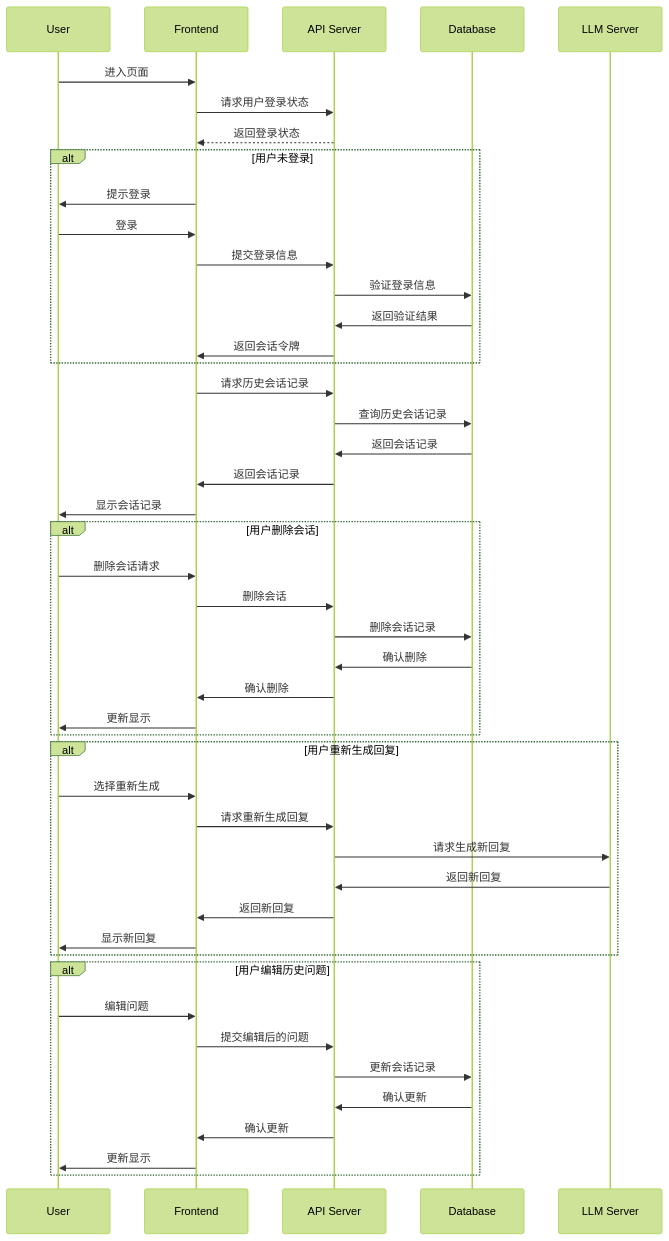
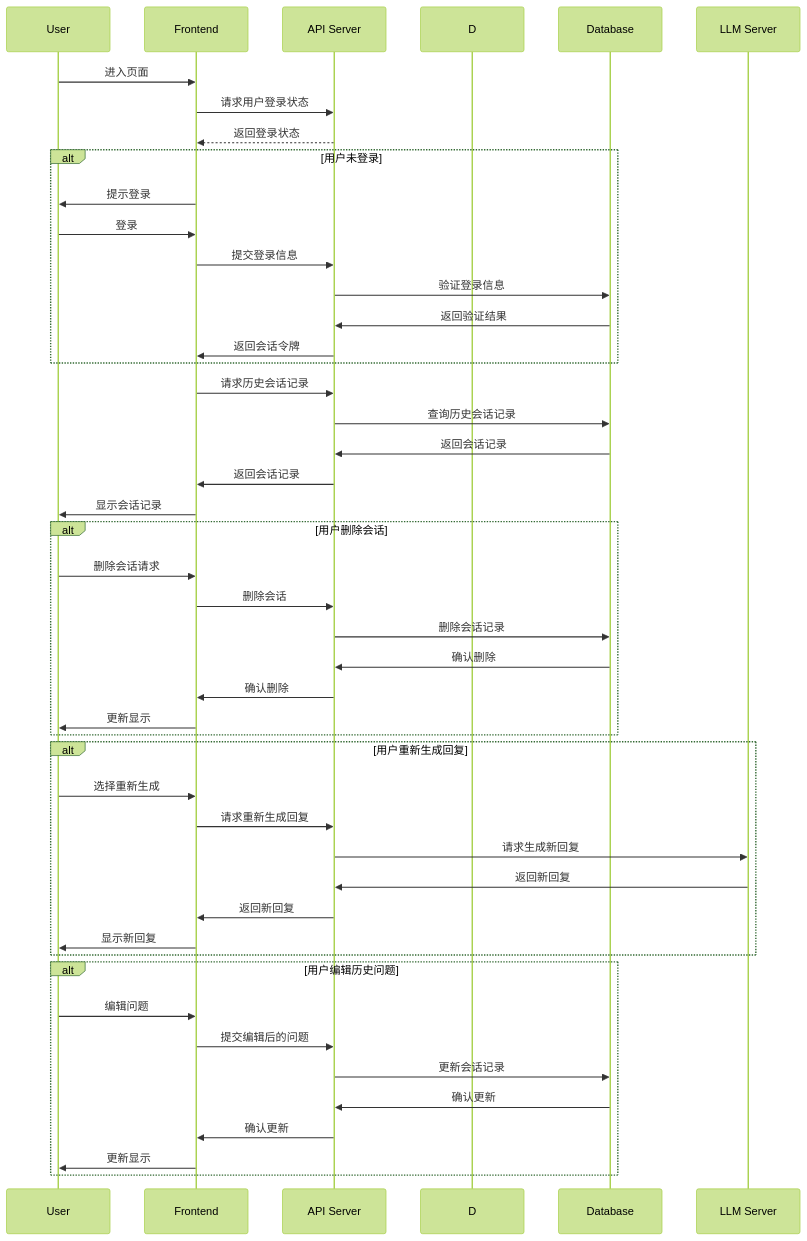
One commit to yingjianzh/iodraw-files changed the diagram in all/未命名-7.md. Above: the diagram before and after it, drawn with Mermaid (forest theme).

Commit message:
2024-10-08 16:49:08 update

````diff
--- a/all/未命名-7.md
+++ b/all/未命名-7.md
@@ -1,53 +1,53 @@
 ```mermaid
 sequenceDiagram
     participant User
     participant Frontend
     participant API Server
-    participant Database
+    participant D
 
     User->>Frontend: 进入页面
     Frontend->>API Server: 请求用户登录状态
     API Server-->>Frontend: 返回登录状态
     alt 用户未登录
         Frontend->>User: 提示登录
         User->>Frontend: 登录
         Frontend->>API Server: 提交登录信息
         API Server->>Database: 验证登录信息
         Database->>API Server: 返回验证结果
         API Server->>Frontend: 返回会话令牌
     end
 
     Frontend->>API Server: 请求历史会话记录
     API Server->>Database: 查询历史会话记录
     Database->>API Server: 返回会话记录
     API Server->>Frontend: 返回会话记录
     Frontend->>User: 显示会话记录
 
     alt 用户删除会话
         User->>Frontend: 删除会话请求
         Frontend->>API Server: 删除会话
         API Server->>Database: 删除会话记录
         Database->>API Server: 确认删除
         API Server->>Frontend: 确认删除
         Frontend->>User: 更新显示
     end
 
     alt 用户重新生成回复
         User->>Frontend: 选择重新生成
         Frontend->>API Server: 请求重新生成回复
         API Server->>LLM Server: 请求生成新回复
         LLM Server->>API Server: 返回新回复
         API Server->>Frontend: 返回新回复
         Frontend->>User: 显示新回复
     end
 
     alt 用户编辑历史问题
         User->>Frontend: 编辑问题
         Frontend->>API Server: 提交编辑后的问题
         API Server->>Database: 更新会话记录
         Database->>API Server: 确认更新
         API Server->>Frontend: 确认更新
         Frontend->>User: 更新显示
     end
 
 ```
````
